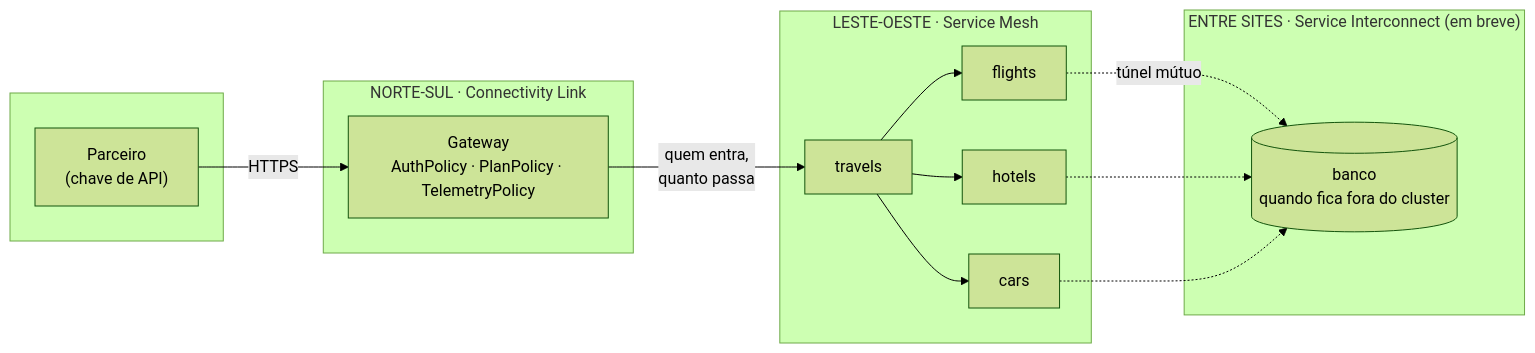
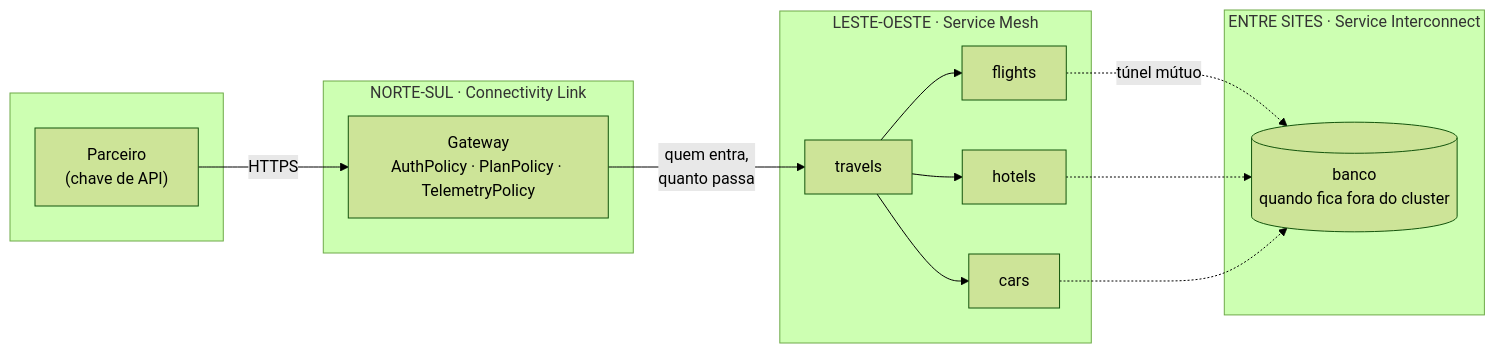
One commit to workshop-tanaka/rhcl-connectivity-workshop changed the diagram in content/modules/ROOT/pages/fronteiras.adoc. Above: the diagram before and after it, drawn with Mermaid (forest theme). The commit also changed other lines of this file and 17 other files, not shown here.

```diff
--- a/content/modules/ROOT/pages/fronteiras.adoc
+++ b/content/modules/ROOT/pages/fronteiras.adoc
@@ -21,23 +16,23 @@
 [mermaid]
 ....
 flowchart LR
   subgraph EXT[" "]
     P["Parceiro<br/>(chave de API)"]
   end
   subgraph NS["NORTE-SUL · Connectivity Link"]
     G["Gateway<br/>AuthPolicy · PlanPolicy · TelemetryPolicy"]
   end
   subgraph EW["LESTE-OESTE · Service Mesh"]
     T[travels] --> F[flights]
     T --> H[hotels]
     T --> C[cars]
   end
-  subgraph SI["ENTRE SITES · Service Interconnect (em breve)"]
+  subgraph SI["ENTRE SITES · Service Interconnect"]
     DB[("banco<br/>quando fica fora do cluster")]
   end
   P -->|HTTPS| G
   G -->|"quem entra,<br/>quanto passa"| T
   F -.->|"túnel mútuo"| DB
   H -.-> DB
   C -.-> DB
 ....
```
